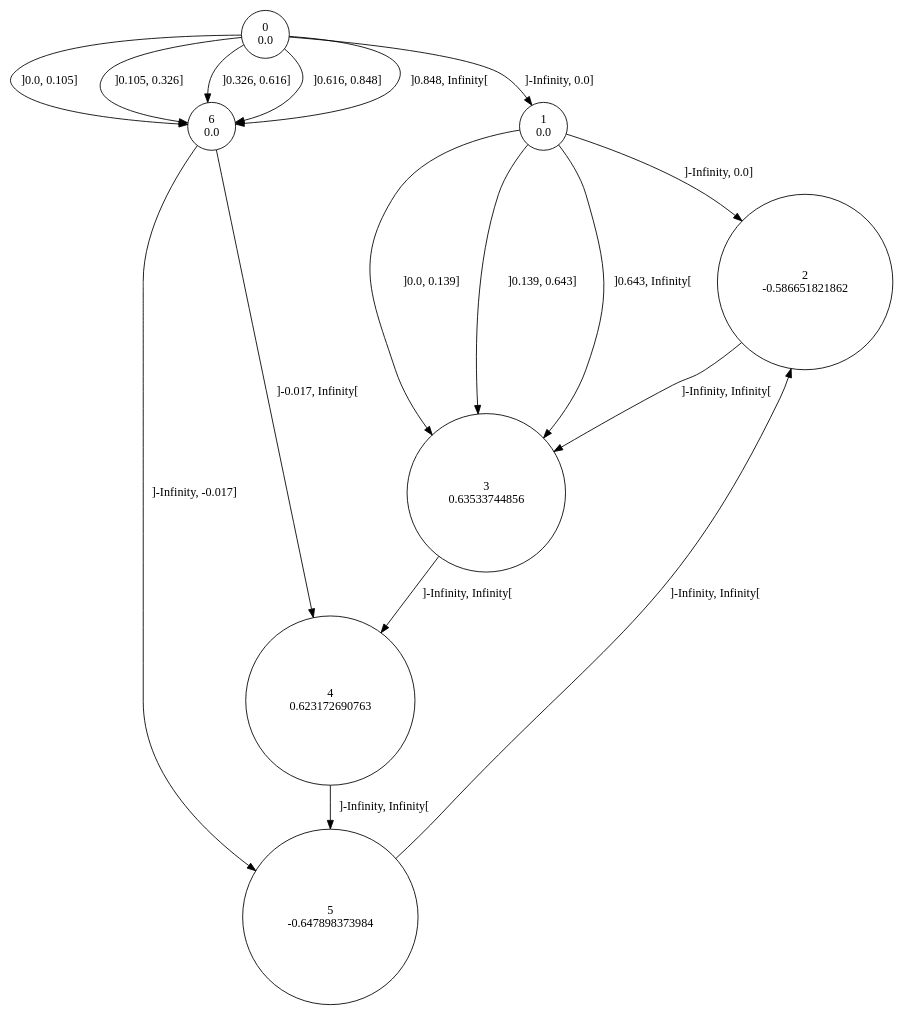
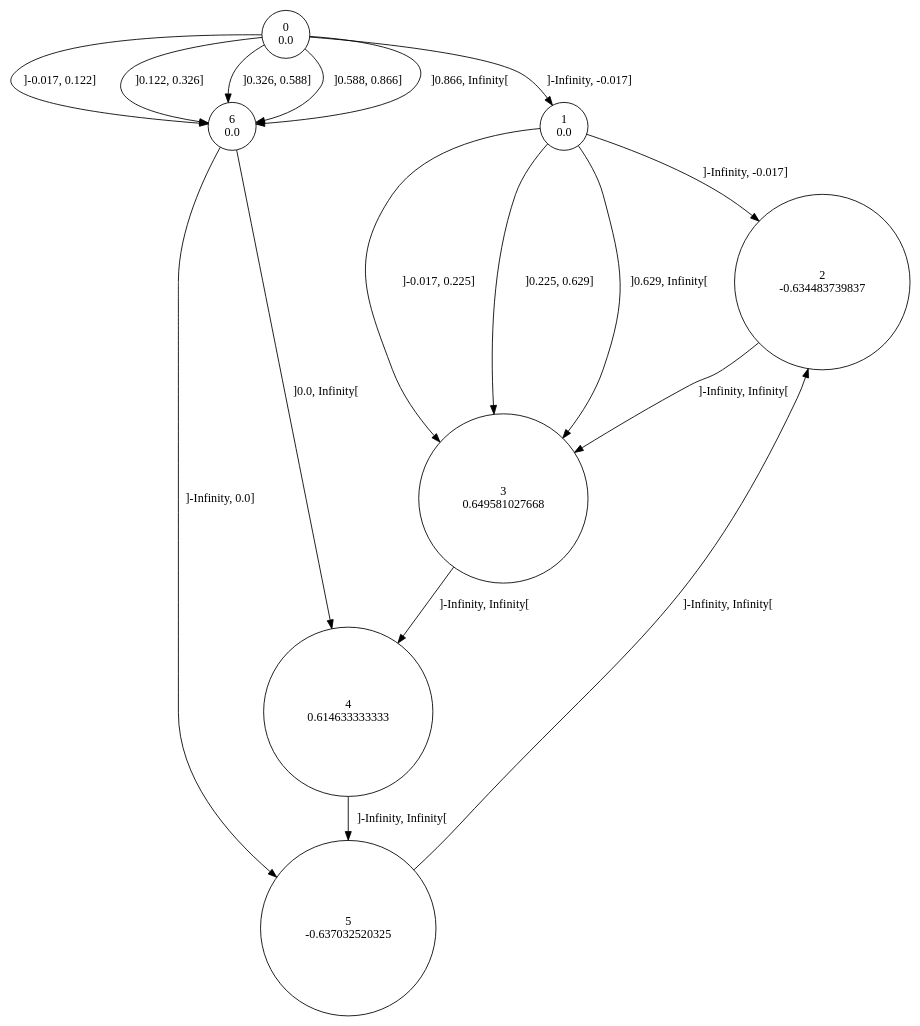
The diagram in sinus/data/1/rtitm.dot (gllpellegrino/RAI_experiments), drawn with Graphviz before and after one commit. The commit also changed 98 other files, not shown here.

```diff
--- a/sinus/data/1/rtitm.dot
+++ b/sinus/data/1/rtitm.dot
@@ -1,25 +1,25 @@
 digraph a {
 0 [shape=circle, label="0\n0.0"];
-	0->1 [ label="]-Infinity, 0.0]"];
-	0->6 [ label="]0.0, 0.105]"];
-	0->6 [ label="]0.105, 0.326]"];
-	0->6 [ label="]0.326, 0.616]"];
-	0->6 [ label="]0.616, 0.848]"];
-	0->6 [ label="]0.848, Infinity["];
+	0 -> 1 [label="]-Infinity, -0.017]"];
+	0 -> 6 [label="]-0.017, 0.122]"];
+	0 -> 6 [label="]0.122, 0.326]"];
+	0 -> 6 [label="]0.326, 0.588]"];
+	0 -> 6 [label="]0.588, 0.866]"];
+	0 -> 6 [label="]0.866, Infinity["];
 1 [shape=circle, label="1\n0.0"];
-	1->2 [ label="]-Infinity, 0.0]"];
-	1->3 [ label="]0.0, 0.139]"];
-	1->3 [ label="]0.139, 0.643]"];
-	1->3 [ label="]0.643, Infinity["];
-2 [shape=circle, label="2\n-0.586651821862"];
-	2->3 [ label="]-Infinity, Infinity["];
-3 [shape=circle, label="3\n0.63533744856"];
-	3->4 [ label="]-Infinity, Infinity["];
-4 [shape=circle, label="4\n0.623172690763"];
-	4->5 [ label="]-Infinity, Infinity["];
-5 [shape=circle, label="5\n-0.647898373984"];
-	5->2 [ label="]-Infinity, Infinity["];
+	1 -> 2 [label="]-Infinity, -0.017]"];
+	1 -> 3 [label="]-0.017, 0.225]"];
+	1 -> 3 [label="]0.225, 0.629]"];
+	1 -> 3 [label="]0.629, Infinity["];
+2 [shape=circle, label="2\n-0.634483739837"];
+	2 -> 3 [label="]-Infinity, Infinity["];
+3 [shape=circle, label="3\n0.649581027668"];
+	3 -> 4 [label="]-Infinity, Infinity["];
+4 [shape=circle, label="4\n0.614633333333"];
+	4 -> 5 [label="]-Infinity, Infinity["];
+5 [shape=circle, label="5\n-0.637032520325"];
+	5 -> 2 [label="]-Infinity, Infinity["];
 6 [shape=circle, label="6\n0.0"];
-	6->5 [ label="]-Infinity, -0.017]"];
-	6->4 [ label="]-0.017, Infinity["];
+	6 -> 5 [label="]-Infinity, 0.0]"];
+	6 -> 4 [label="]0.0, Infinity["];
 }
```
